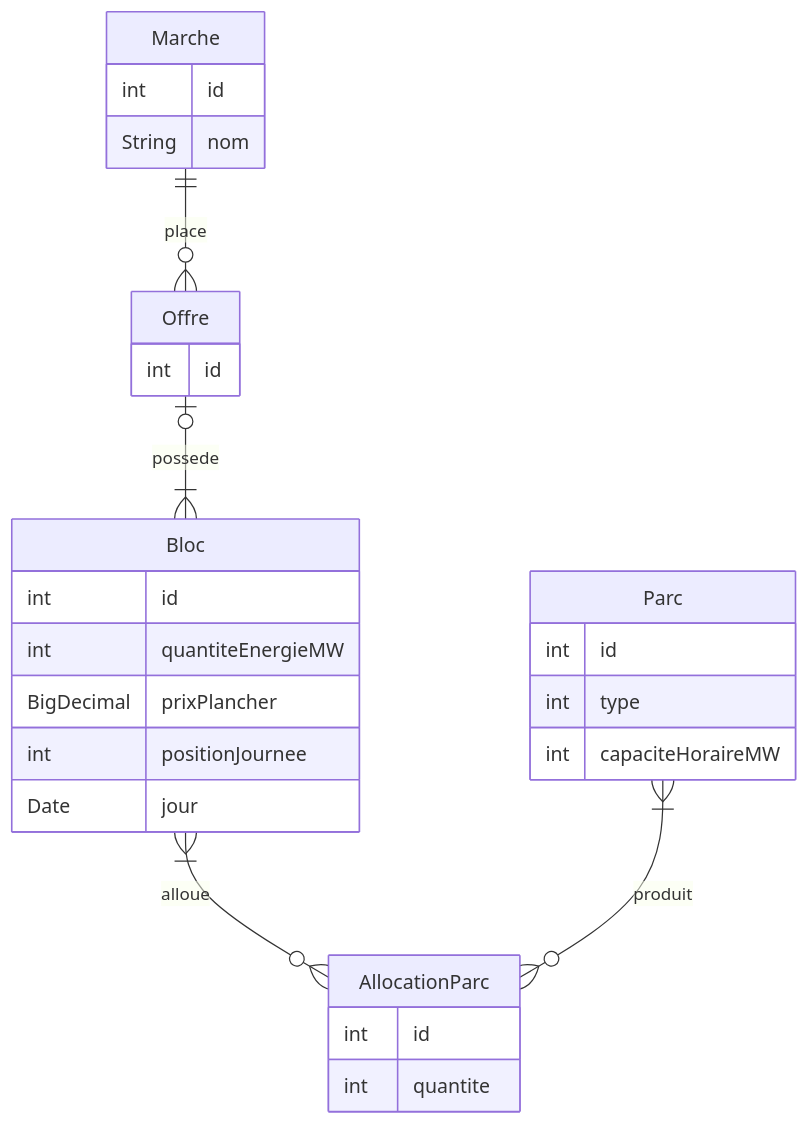
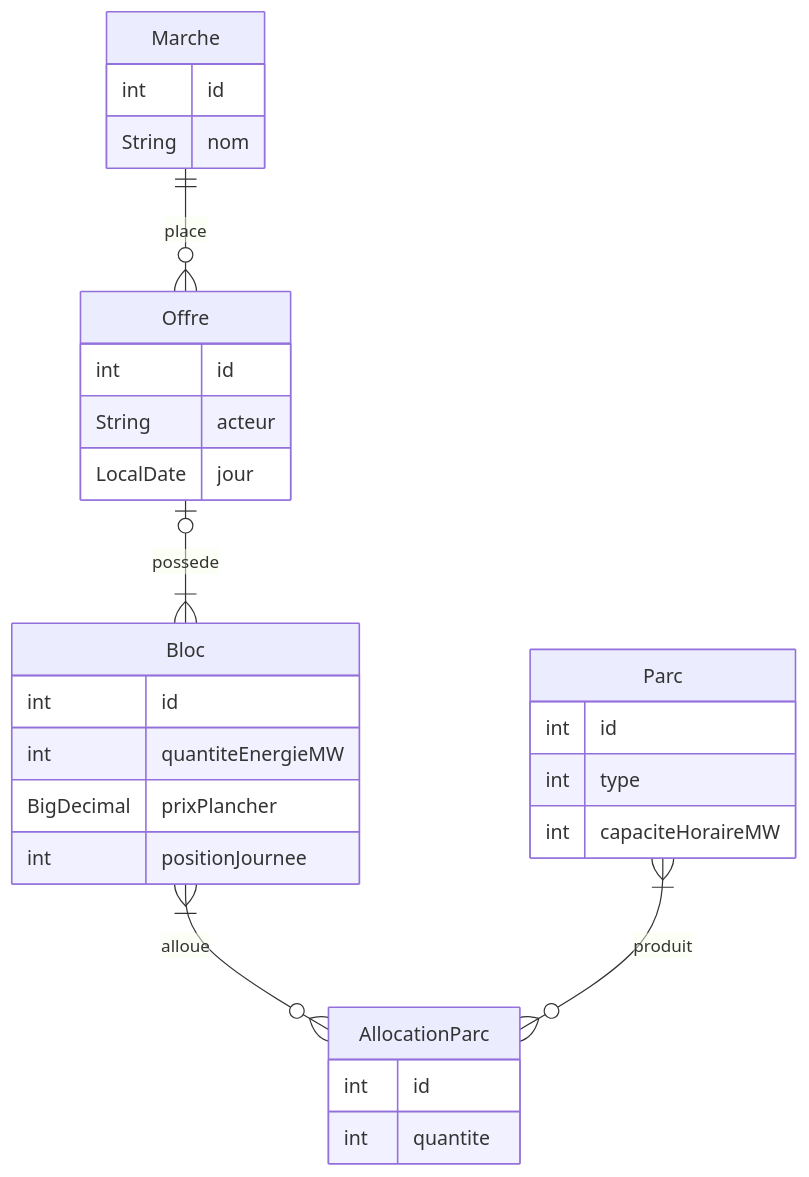
Before and after one commit to julienmeritte/ags-kata: the diagram in docs/mermaid/domain.mmd, drawn with Mermaid. The commit also changed 66 other files, not shown here.

```diff
--- a/docs/mermaid/domain.mmd
+++ b/docs/mermaid/domain.mmd
@@ -1,28 +1,29 @@
 erDiagram
     m[Marche] {
         int id
         String nom
     }
     o[Offre] {
         int id
+        String acteur
+        LocalDate jour
     }
     m ||--o{ o: place
     o |o--|{ b: possede
     b[Bloc] {
         int id
         int quantiteEnergieMW
         BigDecimal prixPlancher
         int positionJournee
-        Date jour
     }
     p[Parc] {
         int id
         int type
         int capaciteHoraireMW
     }
     a[AllocationParc] {
         int id
         int quantite
     }
     b }|--o{ a: alloue
     p }|--o{ a: produit
```
